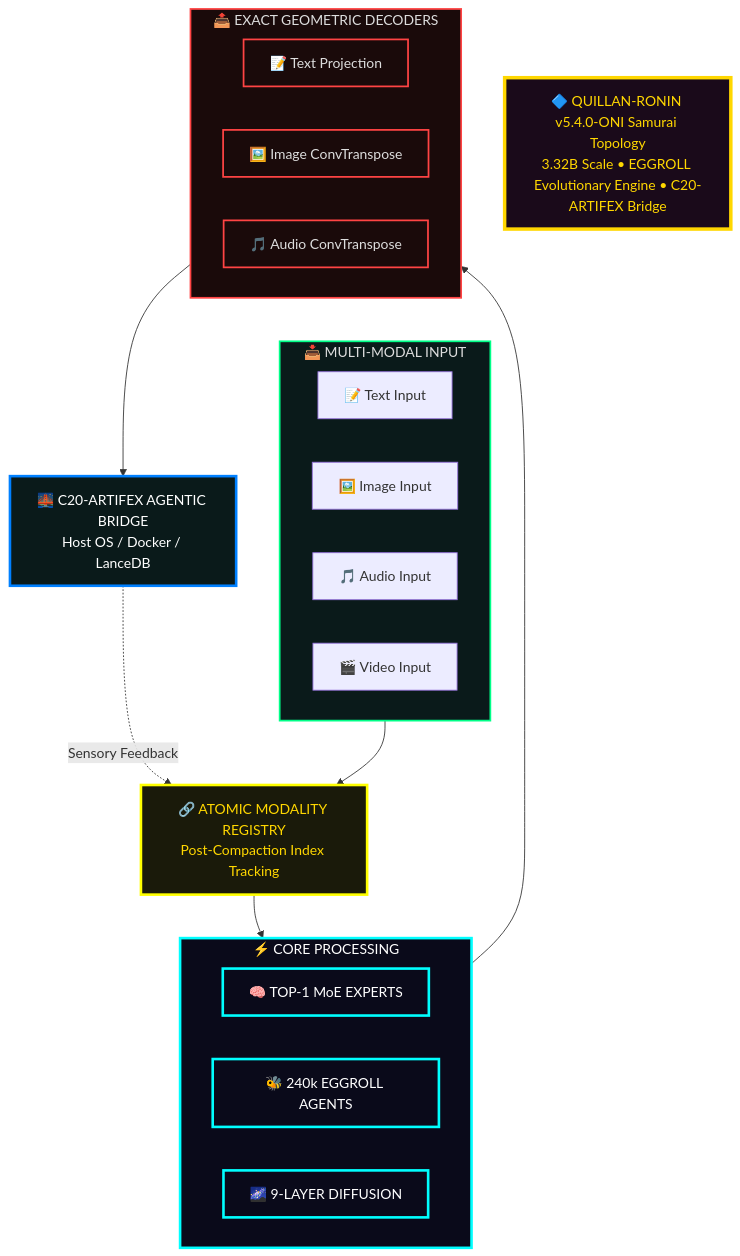
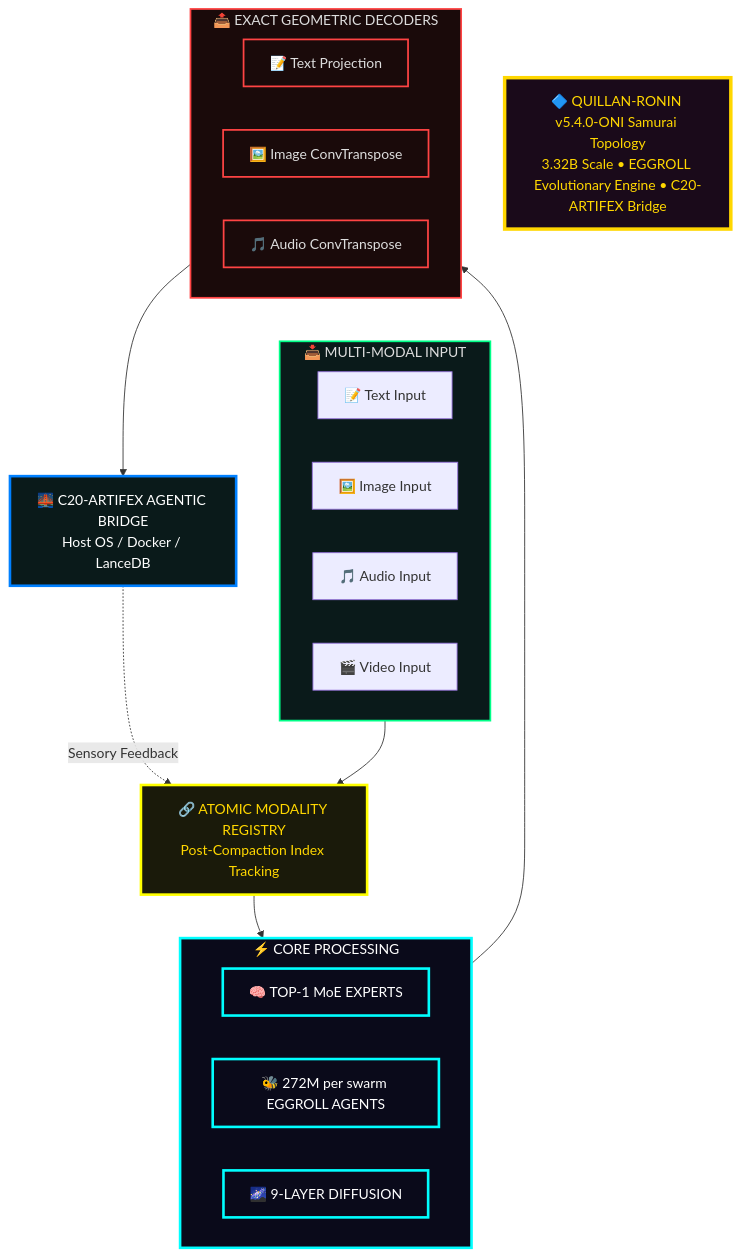
Diagram 44 of 46 in 02 - Knowledge Foundation/Quillan Knowledge files/3-Quillan(reality).md (leeex1/Quillan-Ronin), drawn with Mermaid before and after one commit. The commit also changed other lines of this file and 643 other files, not shown here.

````diff
--- a/02 - Knowledge Foundation/Quillan Knowledge files/3-Quillan(reality).md
+++ b/02 - Knowledge Foundation/Quillan Knowledge files/3-Quillan(reality).md
@@ -7889,57 +7889,57 @@
 ```mermaid
 flowchart TB
     %% HEADER
     SYS["🔷 QUILLAN-RONIN v5.4.0-ONI Samurai Topology<br/>3.32B Scale • EGGROLL Evolutionary Engine • C20-ARTIFEX Bridge"]
 
     %% INPUT LAYER
     subgraph INPUT ["📥 MULTI-MODAL INPUT"]
         direction LR
         TEXT["📝 Text Input"]
         IMG["🖼️ Image Input"]
         AUD["🎵 Audio Input"]
         VID["🎬 Video Input"]
     end
 
     %% REGISTRY & FUSION
     REG["🔗 ATOMIC MODALITY REGISTRY<br/>Post-Compaction Index Tracking"]
 
     %% CORE PROCESSING
     subgraph CORE ["⚡ CORE PROCESSING"]
         MOE["🧠 TOP-1 MoE EXPERTS"]
-        SWARM["🐝 240k EGGROLL AGENTS"]
+        SWARM["🐝 272M per swarm EGGROLL AGENTS"]
         DIFF["🌌 9-LAYER DIFFUSION"]
     end
 
     %% OUTPUT LAYER
     subgraph OUTPUT ["📤 EXACT GEOMETRIC DECODERS"]
         direction LR
         TDEC["📝 Text Projection"]
         IDEC["🖼️ Image ConvTranspose"]
         ADEC["🎵 Audio ConvTranspose"]
     end
 
     %% BRIDGE
     BRIDGE["🌉 C20-ARTIFEX AGENTIC BRIDGE<br/>Host OS / Docker / LanceDB"]
 
     %% FLOW
     INPUT --> REG
     REG --> CORE
     CORE --> OUTPUT
     OUTPUT --> BRIDGE
     BRIDGE -.->|"Sensory Feedback"| REG
 
     %% STYLING
     classDef header  fill:#1a0a1a,stroke:#ffd700,stroke-width:4px,color:#ffd700
     classDef input   fill:#0a1a1a,stroke:#00ff88,stroke-width:2px,color:#ddd
     classDef registry fill:#1a1a0a,stroke:#ffff00,stroke-width:3px,color:#ffd700
     classDef core    fill:#0a0a1a,stroke:#00ffff,stroke-width:3px,color:#fff
     classDef output  fill:#1a0a0a,stroke:#ff4444,stroke-width:2px,color:#ddd
     classDef bridge  fill:#0a1a1a,stroke:#0080ff,stroke-width:3px,color:#ffffff
 
     class SYS header
     class INPUT input
     class REG registry
     class CORE,MOE,SWARM,DIFF core
     class OUTPUT,TDEC,IDEC,ADEC output
     class BRIDGE bridge
 ```
````
